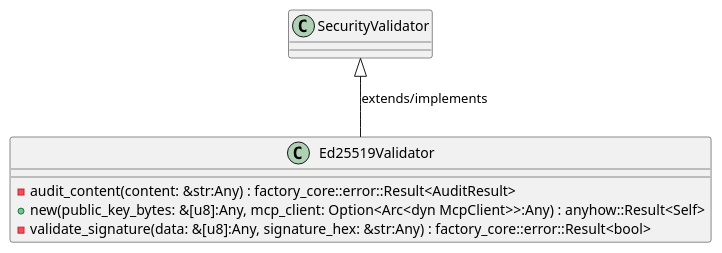
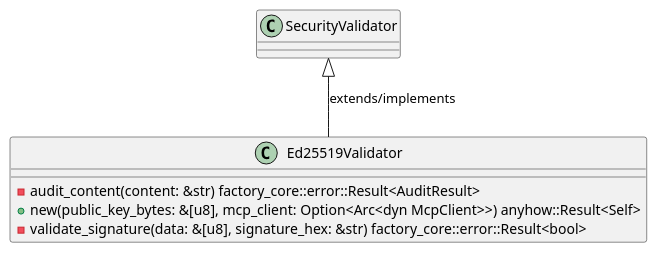
One commit to lgcorzo/rust_CACD_autonomous_factory changed the first of 6 diagrams in openwiki/crates_factory_infrastructure_src_security_validator.md. Above: the diagram before and after it, drawn with PlantUML. The commit also changed other lines of this file and 97 other files, not shown here.

First line of the commit message:
Fix Rust AST parsing for method and function parameters, and update OKF UML frontmatter

````diff
--- a/openwiki/crates_factory_infrastructure_src_security_validator.md
+++ b/openwiki/crates_factory_infrastructure_src_security_validator.md
@@ -73,11 +78,11 @@
 ```plantuml
 @startuml
 class Ed25519Validator {
-    -audit_content(content: &str:Any) : factory_core::error::Result<AuditResult>
-    +new(public_key_bytes: &[u8]:Any, mcp_client: Option<Arc<dyn McpClient>>:Any) : anyhow::Result<Self>
-    -validate_signature(data: &[u8]:Any, signature_hex: &str:Any) : factory_core::error::Result<bool>
+    -audit_content(content: &str) factory_core::error::Result<AuditResult>
+    +new(public_key_bytes: &[u8], mcp_client: Option<Arc<dyn McpClient>>) anyhow::Result<Self>
+    -validate_signature(data: &[u8], signature_hex: &str) factory_core::error::Result<bool>
 }
 SecurityValidator <|-- Ed25519Validator : extends/implements
 @enduml
 
 ```
````
